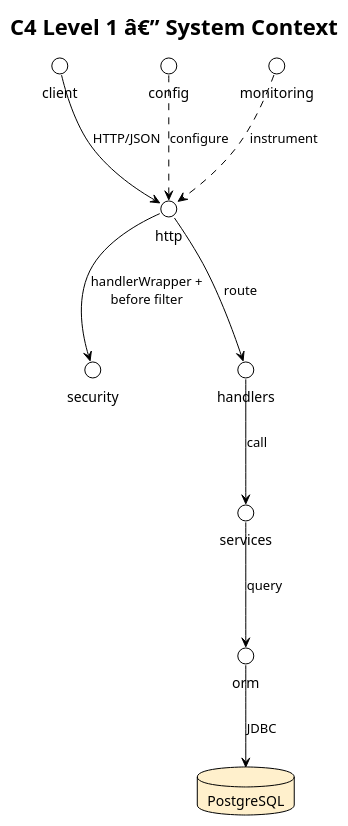
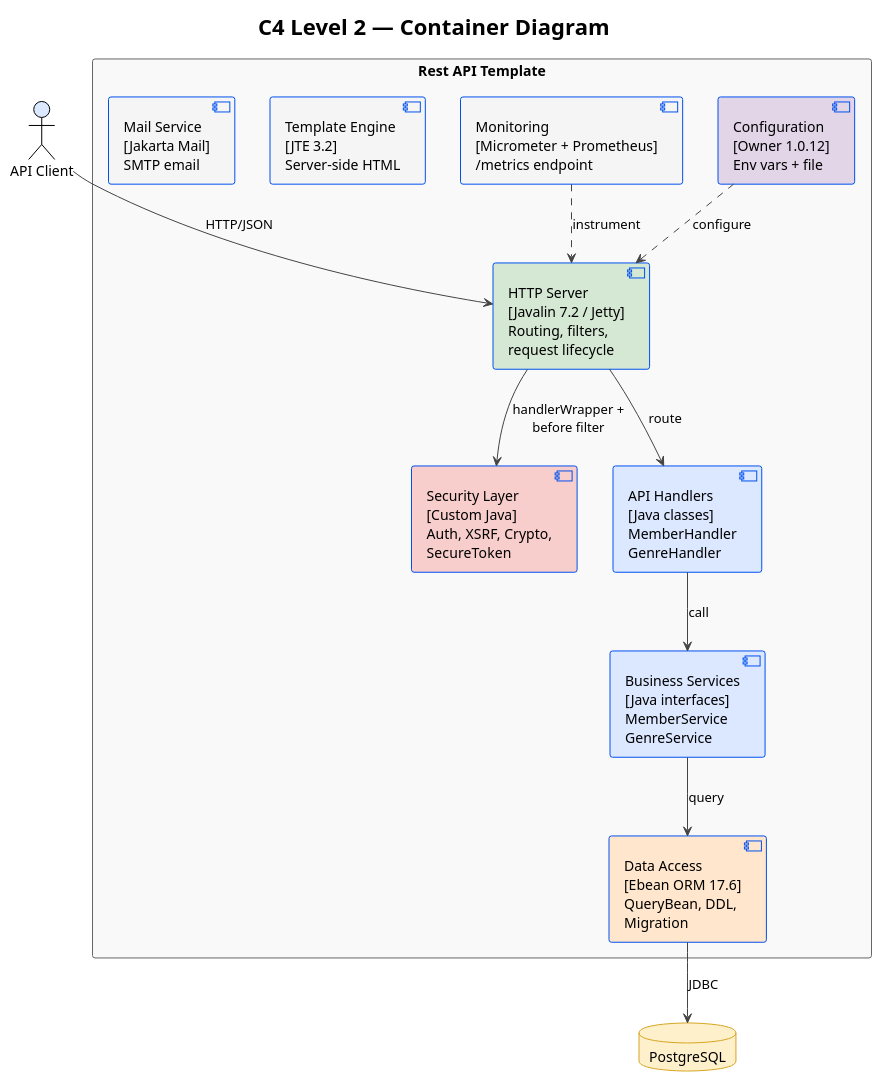
One commit to batzorigt/rest-api-template changed the second of 8 diagrams in docs/architecture.md. Above: the diagram before and after it, drawn with PlantUML. The commit also changed other lines of this file, not shown here.

````diff
--- a/docs/architecture.md
+++ b/docs/architecture.md
@@ -30,19 +81,56 @@
 ```plantuml
-@startuml C4_Context
+@startuml C4_Container
 !theme plain
-title C4 Level 1 â€” System Context
+title C4 Level 2 — Container Diagram
 
+skinparam rectangle {
+  BorderColor #666666
+  BackgroundColor #f9f9f9
+}
+skinparam component {
+  BorderColor #0050ef
+  BackgroundColor #dce8ff
+}
+skinparam database {
+  BorderColor #d6a520
+  BackgroundColor #fff0cc
+}
+skinparam ArrowColor #444444
+
+actor "API Client" as client #dce8ff
+
+rectangle "Rest API Template" as boundary {
+
+  component "HTTP Server\n[Javalin 7.2 / Jetty]\nRouting, filters,\nrequest lifecycle" as http #d5e8d4
+
+  component "Security Layer\n[Custom Java]\nAuth, XSRF, Crypto,\nSecureToken" as security #f8cecc
+
+  component "API Handlers\n[Java classes]\nMemberHandler\nGenreHandler" as handlers #dce8ff
+
+  component "Business Services\n[Java interfaces]\nMemberService\nGenreService" as services #dce8ff
+
+  component "Data Access\n[Ebean ORM 17.6]\nQueryBean, DDL,\nMigration" as orm #ffe6cc
+
+  component "Configuration\n[Owner 1.0.12]\nEnv vars + file" as config #e1d5e7
+
+  component "Monitoring\n[Micrometer + Prometheus]\n/metrics endpoint" as monitoring #f5f5f5
+
+  component "Template Engine\n[JTE 3.2]\nServer-side HTML" as jte #f5f5f5
+
+  component "Mail Service\n[Jakarta Mail]\nSMTP email" as mail #f5f5f5
+
+}
 
 database "PostgreSQL" as db #fff0cc
 
 client --> http : "HTTP/JSON"
 http --> security : "handlerWrapper +\nbefore filter"
 http --> handlers : "route"
 handlers --> services : "call"
 services --> orm : "query"
 orm --> db : "JDBC"
 config ..> http : "configure"
 monitoring ..> http : "instrument"
 
 @enduml
 ```
````
